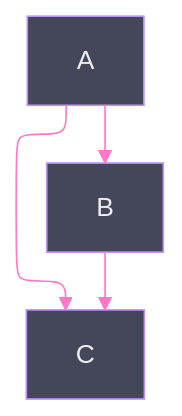
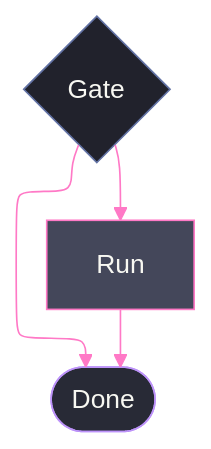
One commit to bsamiee/Rasm changed the second of 2 diagrams in .claude/skills/mermaid-diagramming/references/config.md. Above: the diagram before and after it, drawn with Mermaid. The commit also changed other lines of this file and 51 other files, not shown here.

````diff
--- a/.claude/skills/mermaid-diagramming/references/config.md
+++ b/.claude/skills/mermaid-diagramming/references/config.md
@@ -62,20 +71,29 @@
 ```mermaid
 ---
 config:
   layout: elk
   theme: base
   themeVariables:
     darkMode: true
     mainBkg: "#44475A"
     nodeBorder: "#BD93F9"
     lineColor: "#FF79C6"
     textColor: "#F8F8F2"
+    fontFamily: "SF Mono, Menlo, Cascadia Mono, Segoe UI Mono, Consolas, monospace"
   elk:
     nodePlacementStrategy: BRANDES_KOEPF
     cycleBreakingStrategy: GREEDY
 ---
 graph TD
-  A --> B
-  B --> C
-  A --> C
+  accTitle: ELK layout demo
+  accDescr: A gate fanning to a run stage and a shared terminal under an explicit ELK placement strategy.
+  Gate{Gate} --> Run[Run]
+  Run --> Done([Done])
+  Gate --> Done
+  classDef primary fill:#44475A,stroke:#FF79C6,color:#F8F8F2
+  classDef boundary fill:#282A36,stroke:#BD93F9,color:#F8F8F2
+  classDef recessed fill:#21222C,stroke:#6272A4,color:#F8F8F2
+  class Gate recessed
+  class Run primary
+  class Done boundary
 ```
````
